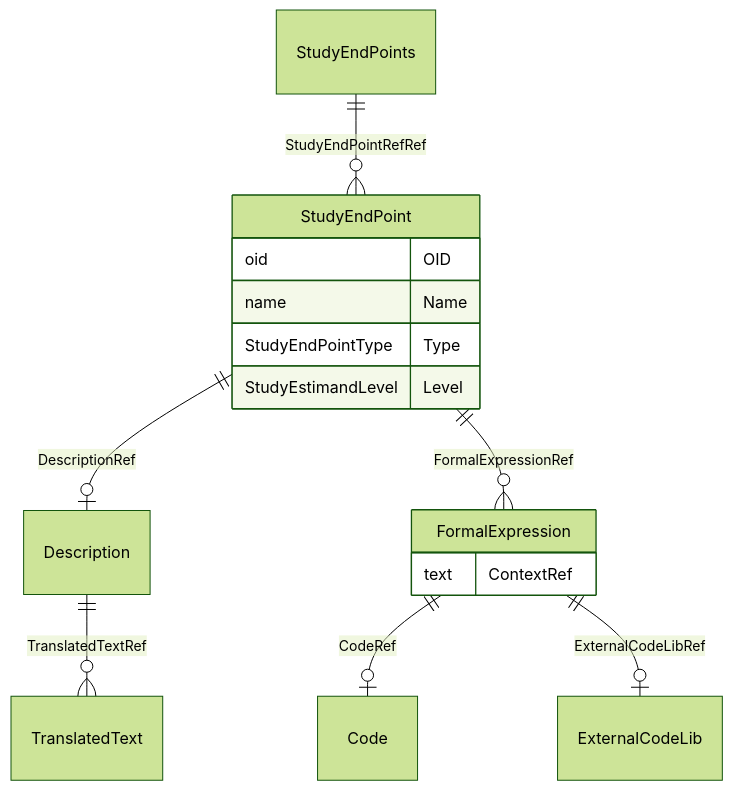
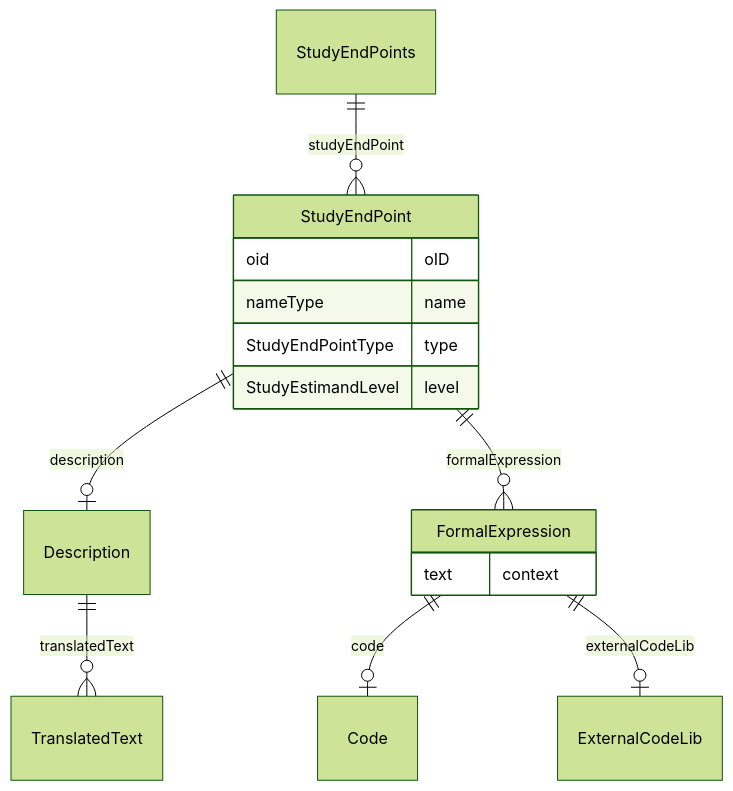
Before and after one commit to cdisc-org/DataExchange-ODM-LinkML: the diagram in docs/StudyEndPoints.md, drawn with Mermaid (forest theme). The commit also changed other lines of this file and 759 other files, not shown here.

````diff
--- a/docs/StudyEndPoints.md
+++ b/docs/StudyEndPoints.md
@@ -11,26 +11,26 @@
 ```mermaid
 erDiagram
 StudyEndPoints {
 
 }
 StudyEndPoint {
-    oid OID  
-    name Name  
-    StudyEndPointType Type  
-    StudyEstimandLevel Level  
+    oid oID  
+    nameType name  
+    StudyEndPointType type  
+    StudyEstimandLevel level  
 }
 FormalExpression {
-    text ContextRef  
+    text context  
 }
 Description {
 
 }
 
-StudyEndPoints ||--}o StudyEndPoint : "StudyEndPointRefRef"
-StudyEndPoint ||--|o Description : "DescriptionRef"
-StudyEndPoint ||--}o FormalExpression : "FormalExpressionRef"
-FormalExpression ||--|o Code : "CodeRef"
-FormalExpression ||--|o ExternalCodeLib : "ExternalCodeLibRef"
-Description ||--}o TranslatedText : "TranslatedTextRef"
+StudyEndPoints ||--}o StudyEndPoint : "studyEndPoint"
+StudyEndPoint ||--|o Description : "description"
+StudyEndPoint ||--}o FormalExpression : "formalExpression"
+FormalExpression ||--|o Code : "code"
+FormalExpression ||--|o ExternalCodeLib : "externalCodeLib"
+Description ||--}o TranslatedText : "translatedText"
 
 ```
````
